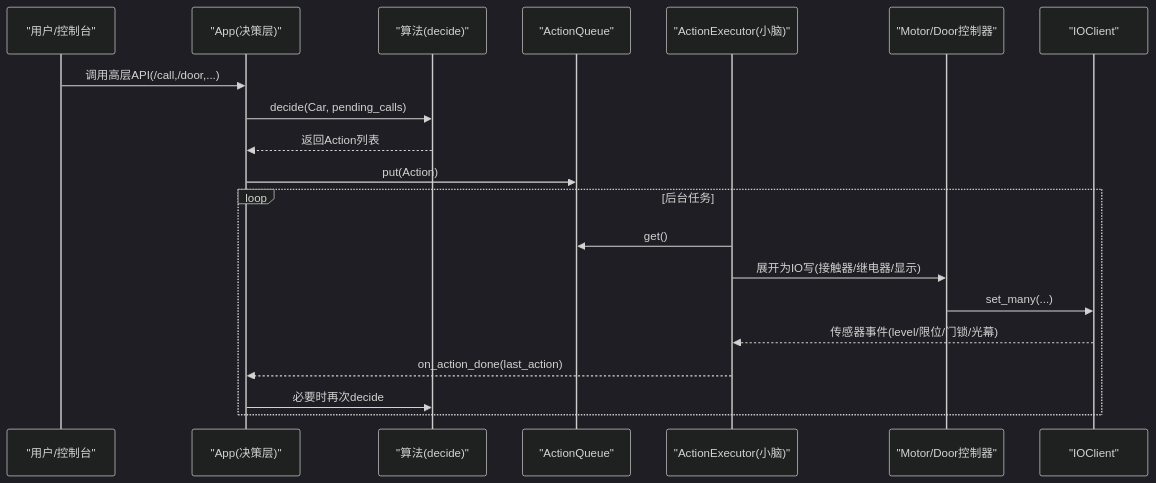
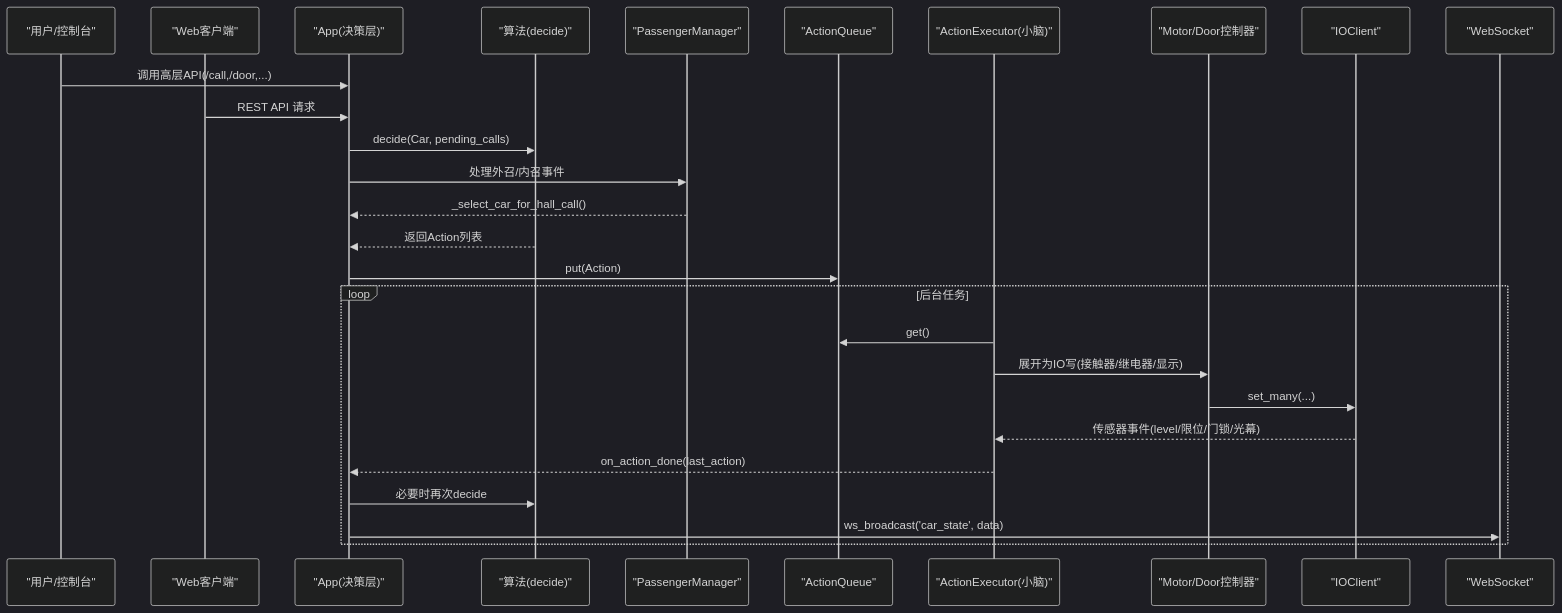
The second of 8 diagrams in .qoder/repowiki/zh/content/大脑模块.md (xmb505/Haku_EET), drawn with Mermaid (dark theme) before and after one commit. The commit also changed other lines of this file and 27 other files, not shown here.

````diff
--- a/.qoder/repowiki/zh/content/大脑模块.md
+++ b/.qoder/repowiki/zh/content/大脑模块.md
@@ -95,22 +95,29 @@
 ```mermaid
 sequenceDiagram
 participant User as "用户/控制台"
+participant Web as "Web客户端"
 participant App as "App(决策层)"
 participant Algo as "算法(decide)"
+participant PM as "PassengerManager"
 participant Q as "ActionQueue"
 participant Exec as "ActionExecutor(小脑)"
 participant Ctrl as "Motor/Door控制器"
 participant IO as "IOClient"
+participant WS as "WebSocket"
 User->>App : 调用高层API(/call,/door,...)
+Web->>App : REST API 请求
 App->>Algo : decide(Car, pending_calls)
+App->>PM : 处理外召/内召事件
+PM-->>App : _select_car_for_hall_call()
 Algo-->>App : 返回Action列表
 App->>Q : put(Action)
 loop 后台任务
 Exec->>Q : get()
 Exec->>Ctrl : 展开为IO写(接触器/继电器/显示)
 Ctrl->>IO : set_many(...)
 IO-->>Exec : 传感器事件(level/限位/门锁/光幕)
 Exec-->>App : on_action_done(last_action)
 App->>Algo : 必要时再次decide
+App->>WS : ws_broadcast('car_state', data)
 end
 ```
````
